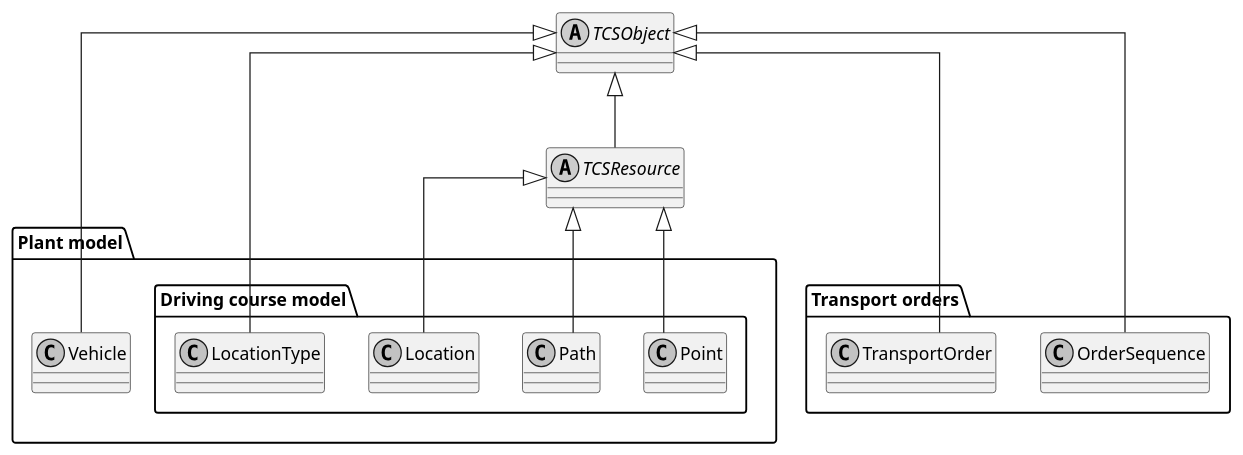
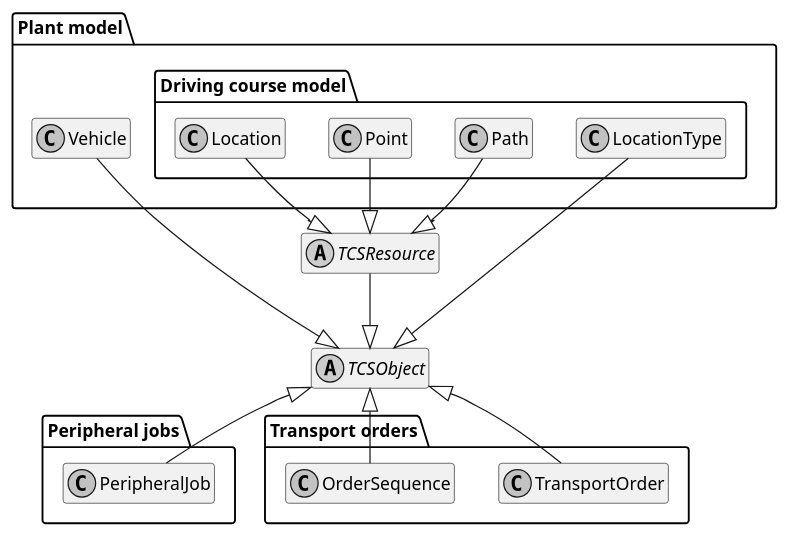
One commit to openTCS/opentcs changed the diagram in openTCS-Documentation/src/docs/developers-guide/images/tcsobject_classes.puml. Above: the diagram before and after it, drawn with PlantUML. The commit also changed 1271 other files, not shown here.

```diff
--- a/openTCS-Documentation/src/docs/developers-guide/images/tcsobject_classes.puml
+++ b/openTCS-Documentation/src/docs/developers-guide/images/tcsobject_classes.puml
@@ -1,44 +1,52 @@
 @startuml
 skinparam monochrome true
-skinparam linetype ortho
+'skinparam linetype ortho
+hide empty members
 'left to right direction
 
-abstract Class TCSObject {
+abstract class TCSObject {
 '  -name: String
 '  -reference: TCSObjectReference
 '  -properties: Map<String, String>
 }
 
-abstract Class TCSResource
+abstract class TCSResource
 
 package "Plant model" {
   package "Driving course model" {
-    Class Point
-    Class Path
-    Class Location
-    Class LocationType
+    class Point
+    class Path
+    class Location
+    class LocationType
   }
 
-  Class Vehicle
+  class Vehicle
 }
 
 package "Transport orders" {
-  Class TransportOrder
-  Class OrderSequence
+  class TransportOrder
+  class OrderSequence
 }
 
-TCSObject <|-- TCSResource
+package "Peripheral jobs" {
+  class PeripheralJob
+}
 
-TCSResource <|-- Point
-TCSResource <|-- Path
-TCSResource <|-- Location
+TCSObject <|-up- TCSResource
 
-TCSObject <|-- LocationType
-TCSObject <|-- Vehicle
+TCSResource <|-up- Point
+TCSResource <|-up- Path
+TCSResource <|-up- Location
+
+TCSObject <|-up- LocationType
+TCSObject <|-up- Vehicle
 
 TCSObject <|-- TransportOrder
 TCSObject <|-- OrderSequence
 
-' This puts the transport order package below TCSResource, which looks a bit nicer.
+TCSObject <|-- PeripheralJob
+
+' This puts the transport order and the peripheral job package below TCSResource, which looks a bit nicer.
 TCSResource -[hidden]-> TransportOrder
+TCSResource -[hidden]-> PeripheralJob
 @enduml
```
